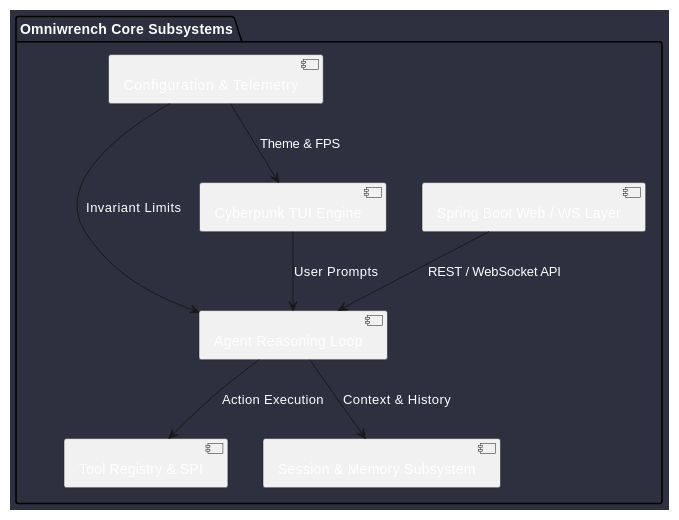
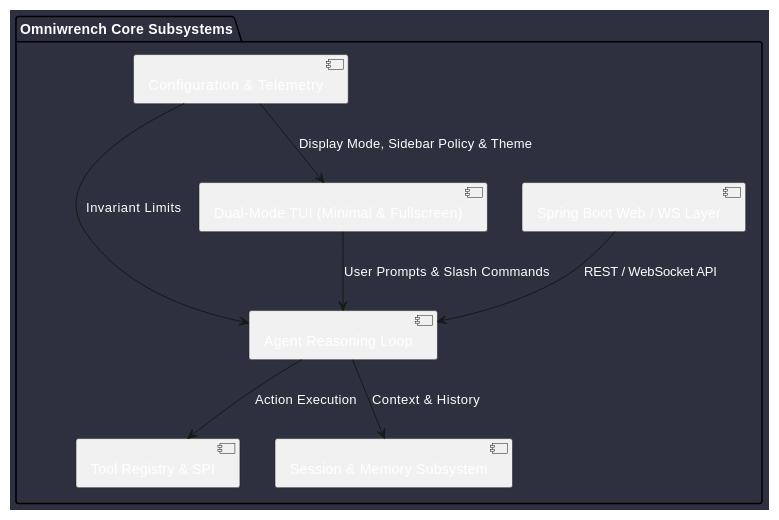
The diagram in doc/docs/architecture/architecture_index.md (mlecabellec/omniwrench), drawn with PlantUML before and after one commit. The commit also changed other lines of this file and 47 other files, not shown here.

````diff
--- a/doc/docs/architecture/architecture_index.md
+++ b/doc/docs/architecture/architecture_index.md
@@ -5,23 +5,23 @@
 ```plantuml
 @startuml
 skinparam backgroundColor #2e303f
 skinparam defaultFontColor #ffffff
 skinparam componentStyle uml2
 
 package "Omniwrench Core Subsystems" {
   [Agent Reasoning Loop] as REASON
   [Tool Registry & SPI] as TOOLS
   [Session & Memory Subsystem] as SESS
-  [Cyberpunk TUI Engine] as TUI
+  [Dual-Mode TUI (Minimal & Fullscreen)] as TUI
   [Spring Boot Web / WS Layer] as WEB
   [Configuration & Telemetry] as CONF
 }
 
-TUI --> REASON : User Prompts
+TUI --> REASON : User Prompts & Slash Commands
 WEB --> REASON : REST / WebSocket API
 REASON --> TOOLS : Action Execution
 REASON --> SESS : Context & History
 CONF --> REASON : Invariant Limits
-CONF --> TUI : Theme & FPS
+CONF --> TUI : Display Mode, Sidebar Policy & Theme
 @enduml
 ```
````
